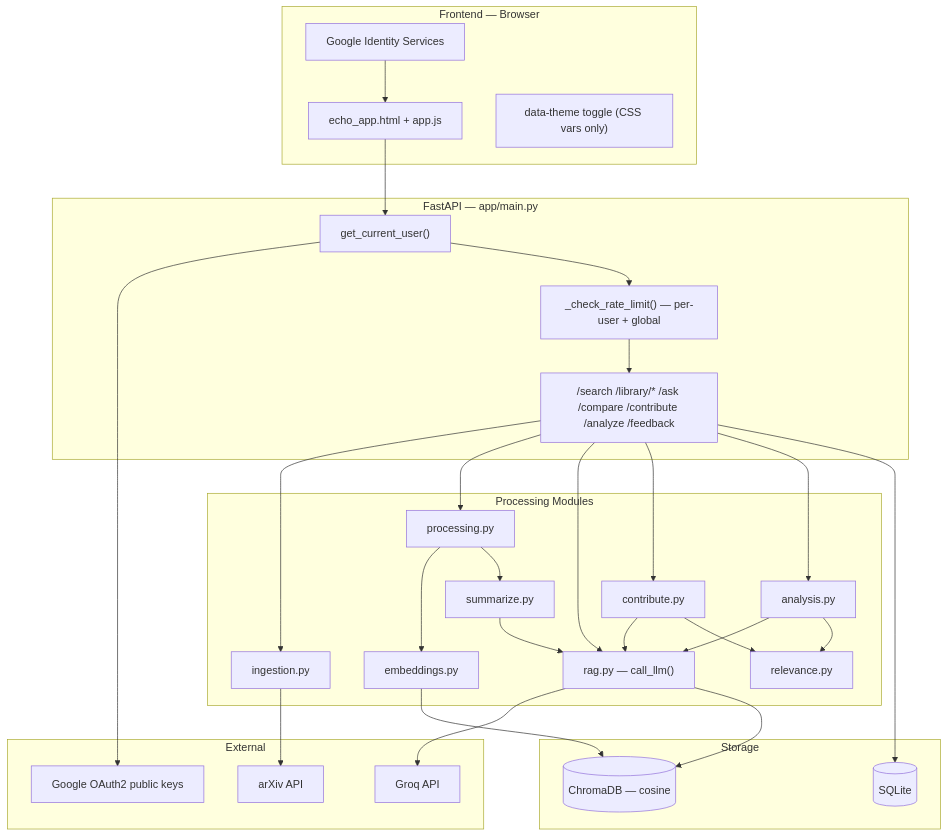
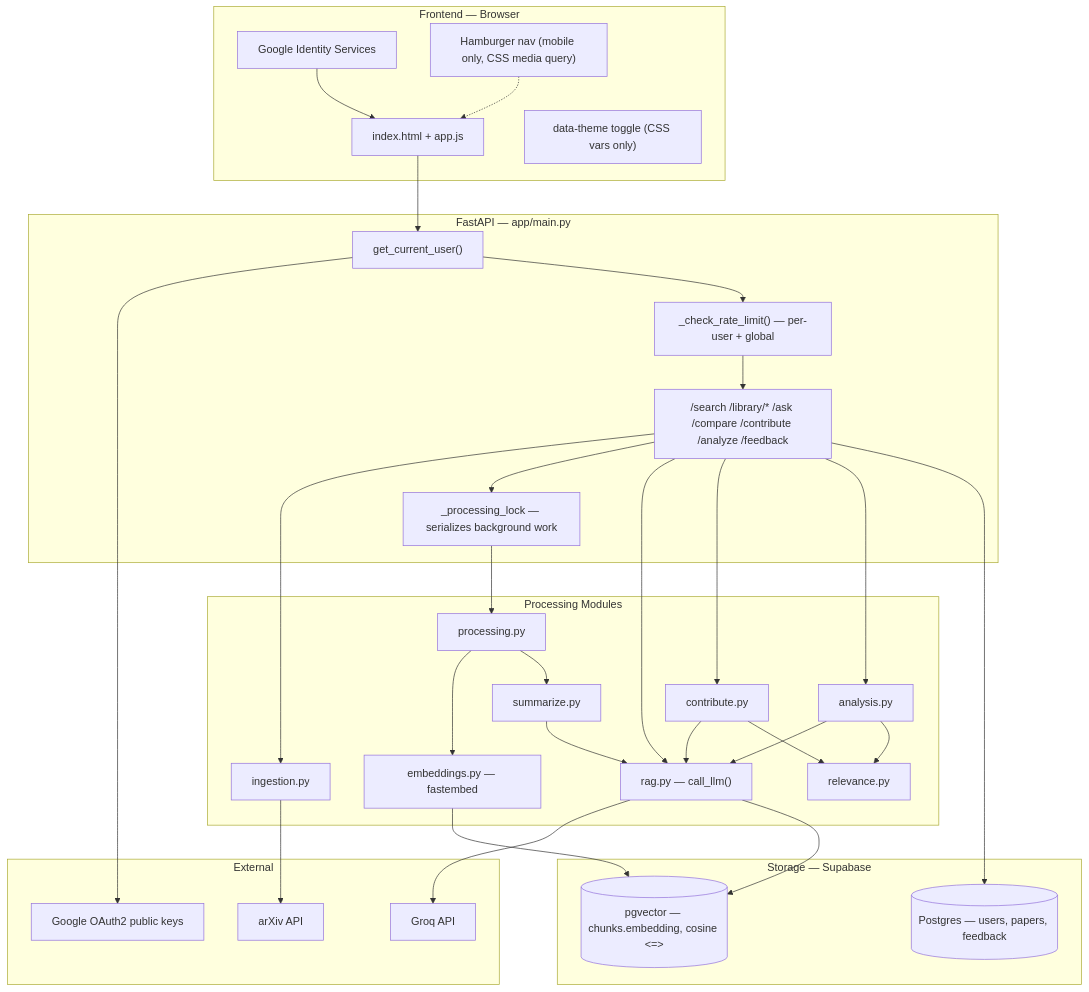
The first of 5 diagrams in README.md (MOSHO1133/Echo), drawn with Mermaid before and after one commit. The commit also changed other lines of this file, not shown here.

````diff
--- a/README.md
+++ b/README.md
@@ -173,51 +259,54 @@
 ```mermaid
 flowchart TB
     subgraph Client["Frontend — Browser"]
-        UI["echo_app.html + app.js"]
+        UI["index.html + app.js"]
         GIS["Google Identity Services"]
         Theme["data-theme toggle (CSS vars only)"]
+        MobileNav["Hamburger nav (mobile only, CSS media query)"]
     end
 
     subgraph API["FastAPI — app/main.py"]
         Auth["get_current_user()"]
         RL["_check_rate_limit() — per-user + global"]
         Routes["/search /library/* /ask /compare /contribute /analyze /feedback"]
+        Lock["_processing_lock — serializes background work"]
     end
 
     subgraph Pipeline["Processing Modules"]
         Ing["ingestion.py"]
         Proc["processing.py"]
-        Emb["embeddings.py"]
+        Emb["embeddings.py — fastembed"]
         Sum["summarize.py"]
         Rag["rag.py — call_llm()"]
         Con["contribute.py"]
         Ana["analysis.py"]
         Rel["relevance.py"]
     end
 
-    subgraph Store["Storage"]
-        SQL[("SQLite")]
-        Chroma[("ChromaDB — cosine")]
+    subgraph Store["Storage — Supabase"]
+        PG[("Postgres — users, papers, feedback")]
+        Vec[("pgvector — chunks.embedding, cosine <=>")]
     end
 
     subgraph Ext["External"]
         GAuth["Google OAuth2 public keys"]
         Arxiv["arXiv API"]
         GroqAPI["Groq API"]
     end
 
     GIS --> UI --> Auth
+    MobileNav -.-> UI
     Auth --> GAuth
     Auth --> RL --> Routes
     Routes --> Ing --> Arxiv
-    Routes --> Proc --> Emb --> Chroma
+    Routes --> Lock --> Proc --> Emb --> Vec
     Proc --> Sum --> Rag
     Routes --> Rag
     Routes --> Con --> Rag
     Routes --> Ana --> Rag
     Con --> Rel
     Ana --> Rel
     Rag --> GroqAPI
-    Rag --> Chroma
-    Routes --> SQL
+    Rag --> Vec
+    Routes --> PG
 ```
````
